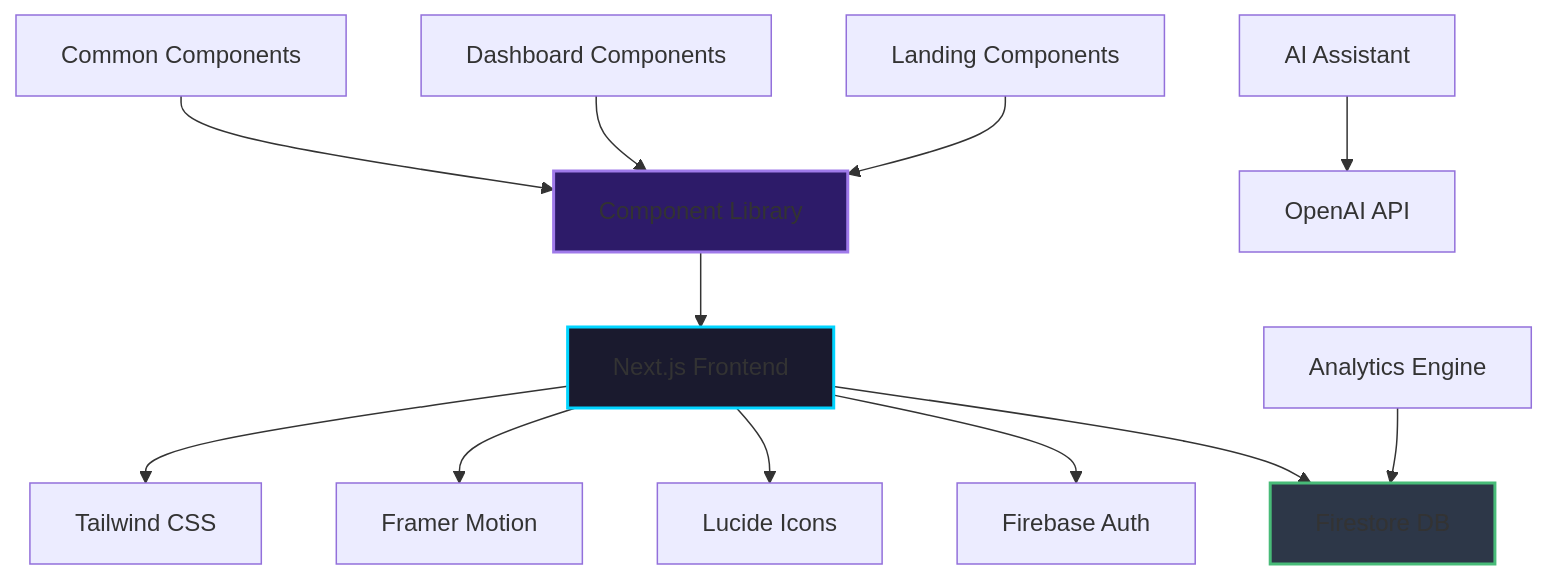
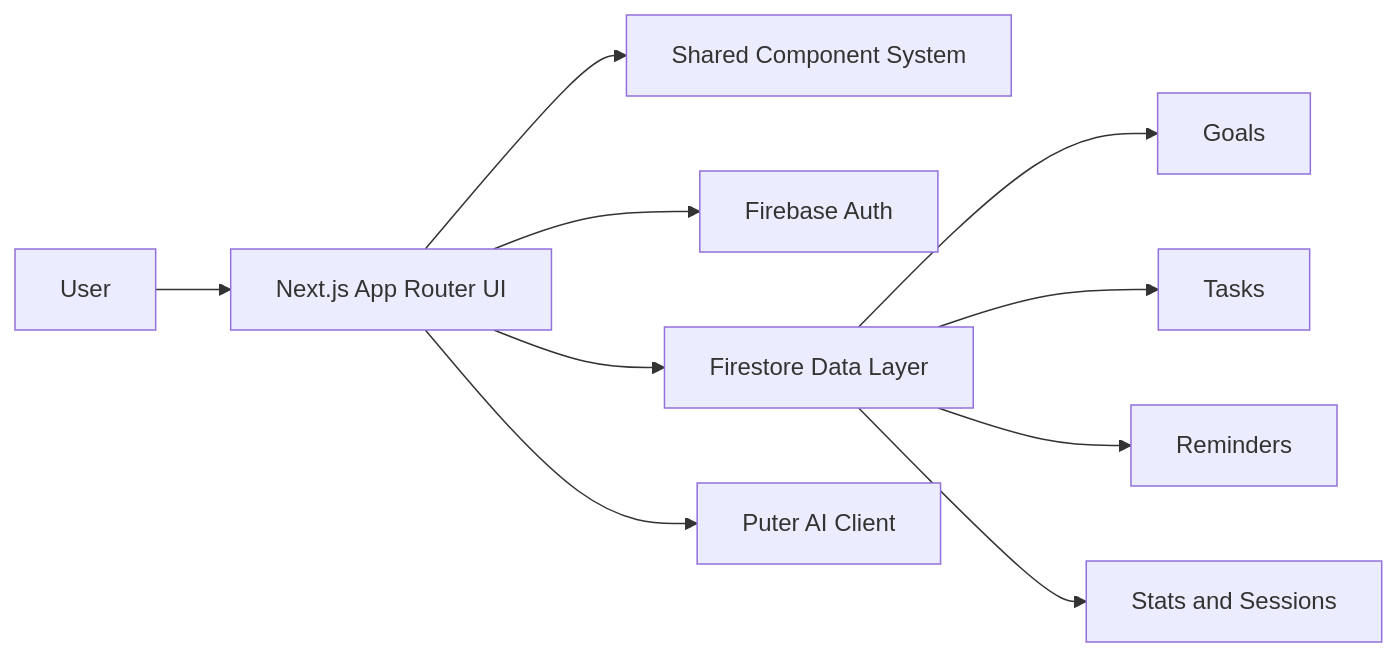
The diagram in README.md (Anish-2005/StreakedIn), drawn with Mermaid before and after one commit. The commit also changed other lines of this file and 3 other files, not shown here.

````diff
--- a/README.md
+++ b/README.md
@@ -215,20 +52,12 @@
 ```mermaid
-graph TB
-    A[Next.js Frontend] --> B[Tailwind CSS]
-    A --> C[Framer Motion]
-    A --> D[Lucide Icons]
-    A --> E[Firebase Auth]
-    A --> F[Firestore DB]
-
-    G[Component Library] --> A
-    H[Common Components] --> G
-    I[Dashboard Components] --> G
-    J[Landing Components] --> G
-
-    K[AI Assistant] --> L[OpenAI API]
-    M[Analytics Engine] --> F
-
-    style A fill:#1a1a2e,stroke:#00d4ff,stroke-width:2px
-    style F fill:#2d3748,stroke:#48bb78,stroke-width:2px
-    style G fill:#2d1b69,stroke:#9f7aea,stroke-width:2px
+flowchart LR
+  U[User] --> UI[Next.js App Router UI]
+  UI --> C[Shared Component System]
+  UI --> A[Firebase Auth]
+  UI --> D[Firestore Data Layer]
+  UI --> P[Puter AI Client]
+  D --> G[Goals]
+  D --> T[Tasks]
+  D --> R[Reminders]
+  D --> S[Stats and Sessions]
 ```
````
